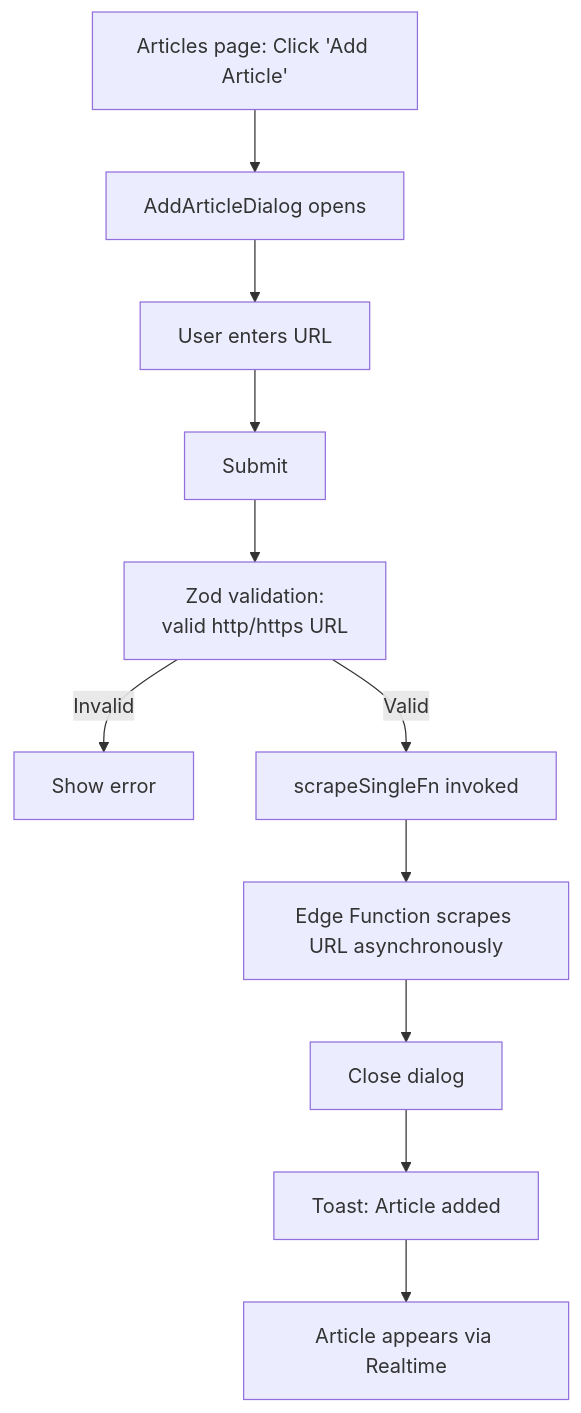
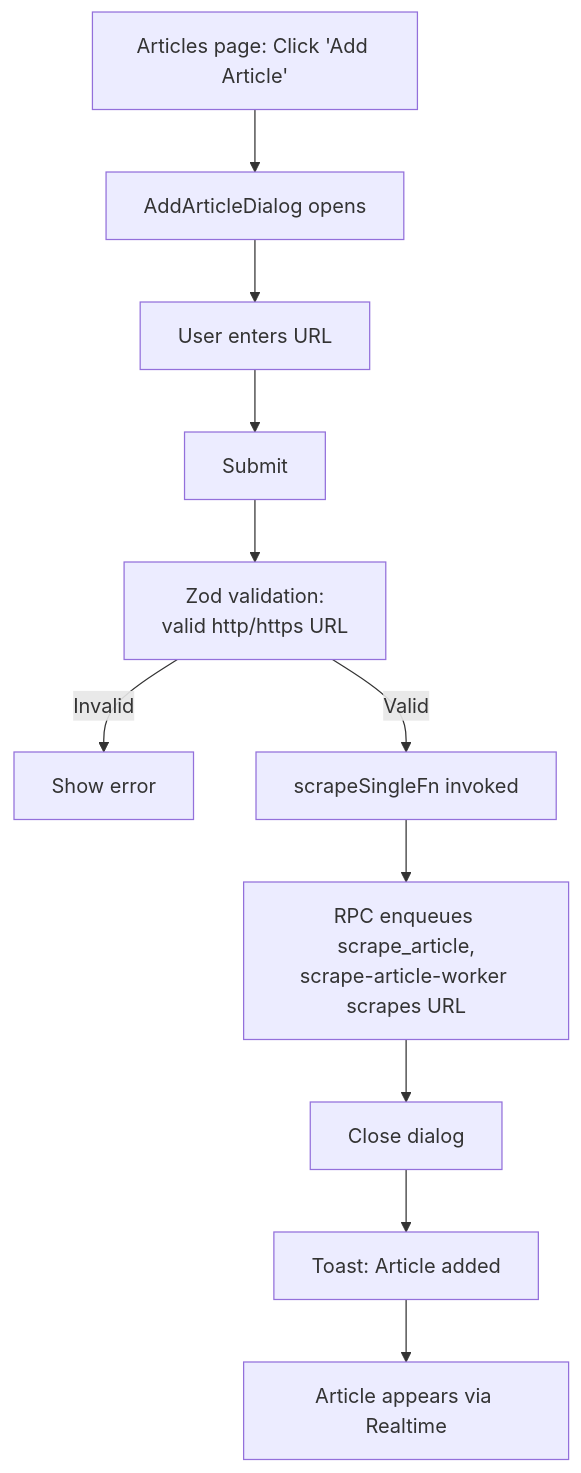
The second of 4 diagrams in docs/flows/article-management.md (theaussie86/petra-pinterest), drawn with Mermaid before and after one commit. The commit also changed other lines of this file and 7 other files, not shown here.

First line of the commit message:
Alte Edge Functions scrape-blog, scrape-scheduled und scrape-single entfernen (#95) (#97)

````diff
--- a/docs/flows/article-management.md
+++ b/docs/flows/article-management.md
@@ -43,13 +45,13 @@
 ```mermaid
 flowchart TD
     A[Articles page: Click 'Add Article'] --> B[AddArticleDialog opens]
     B --> C[User enters URL]
     C --> D[Submit]
     D --> E[Zod validation:<br/>valid http/https URL]
     E -->|Invalid| F[Show error]
     E -->|Valid| G[scrapeSingleFn invoked]
-    G --> H[Edge Function scrapes URL asynchronously]
+    G --> H[RPC enqueues scrape_article,<br/>scrape-article-worker scrapes URL]
     H --> I[Close dialog]
     I --> J[Toast: Article added]
     J --> K[Article appears via Realtime]
 ```
````
